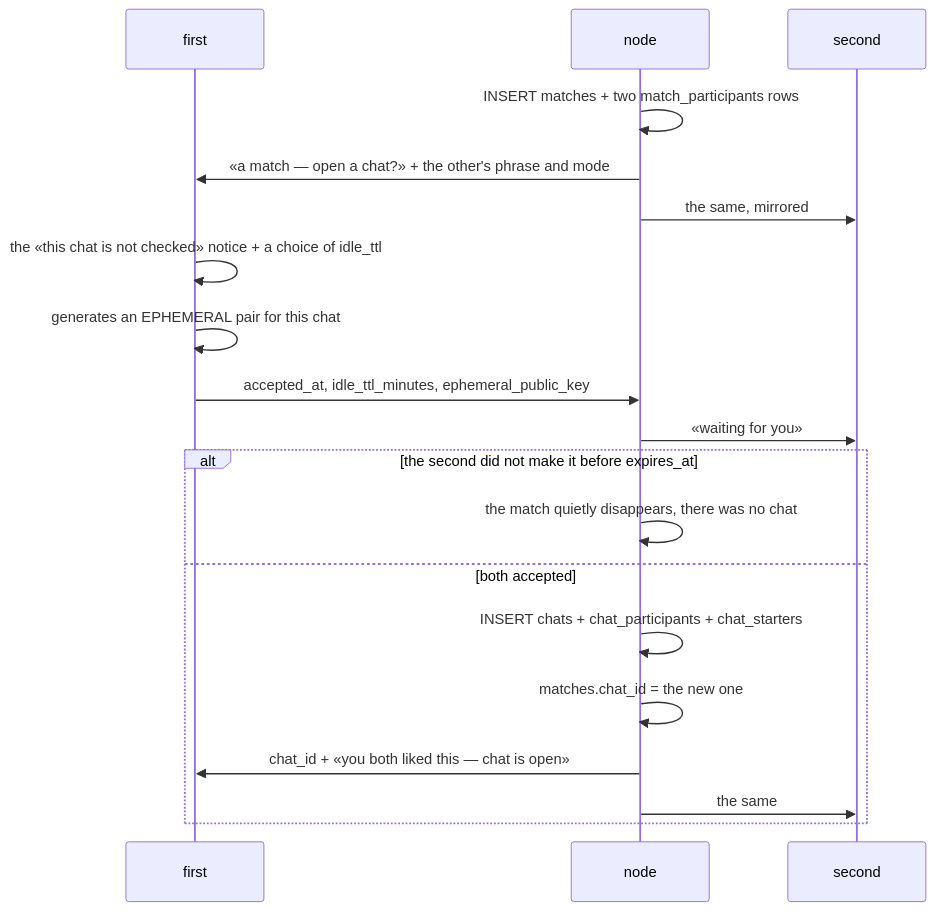
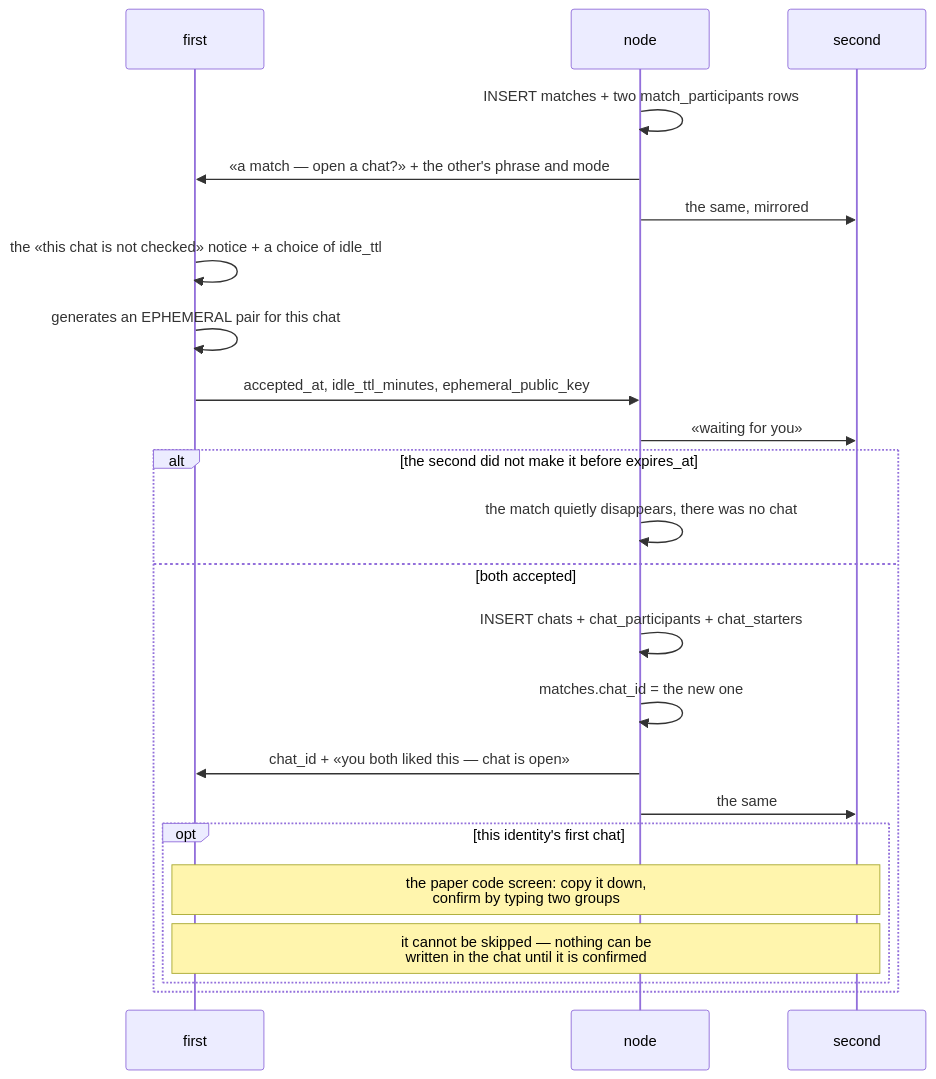
One commit to panov-id/xor.ad changed the tenth of 26 diagrams in docs/chat-flows_EN.md. Above: the diagram before and after it, drawn with Mermaid. The commit also changed other lines of this file and 5 other files, not shown here.

````diff
--- a/docs/chat-flows_EN.md
+++ b/docs/chat-flows_EN.md
@@ -322,21 +329,25 @@
 ```mermaid
 sequenceDiagram
   participant A as first
   participant N as node
   participant B as second
   N->>N: INSERT matches + two match_participants rows
   N->>A: «a match — open a chat?» + the other's phrase and mode
   N->>B: the same, mirrored
   A->>A: the «this chat is not checked» notice + a choice of idle_ttl
   A->>A: generates an EPHEMERAL pair for this chat
   A->>N: accepted_at, idle_ttl_minutes, ephemeral_public_key
   N->>B: «waiting for you»
   alt the second did not make it before expires_at
     N->>N: the match quietly disappears, there was no chat
   else both accepted
     N->>N: INSERT chats + chat_participants + chat_starters
     N->>N: matches.chat_id = the new one
     N->>A: chat_id + «you both liked this — chat is open»
     N->>B: the same
+    opt this identity's first chat
+      Note over A,B: the paper code screen: copy it down,<br/>confirm by typing two groups
+      Note over A,B: it cannot be skipped — nothing can be<br/>written in the chat until it is confirmed
+    end
   end
 ```
````
